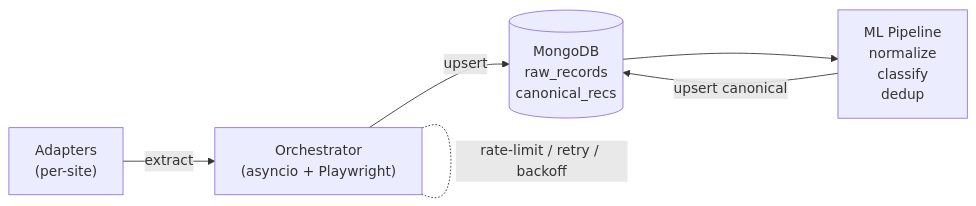
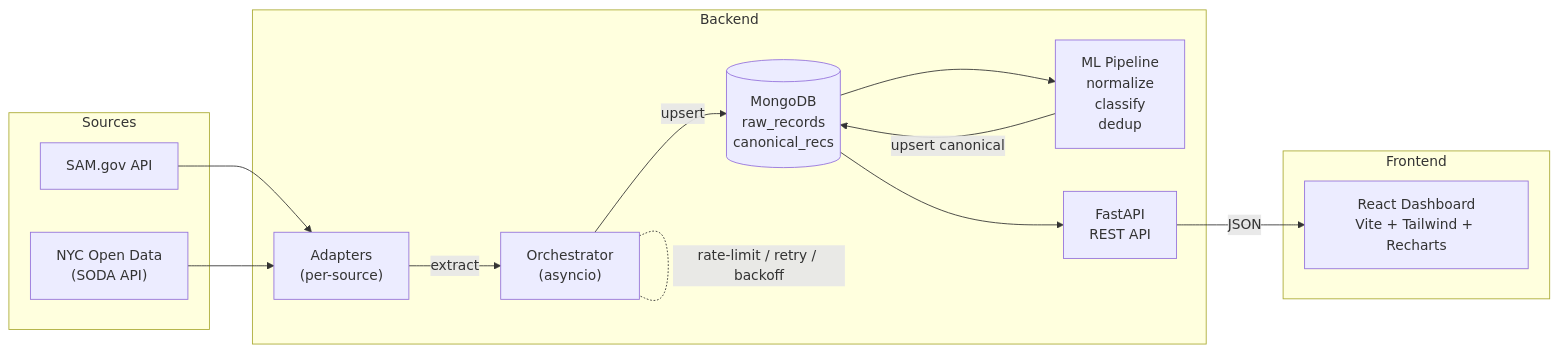
Before and after one commit to paxsolutions/contract-collector: the diagram in README.md, drawn with Mermaid. The commit also changed other lines of this file and 32 other files, not shown here.

````diff
--- a/README.md
+++ b/README.md
@@ -7,8 +7,24 @@
 ```mermaid
 flowchart LR
-    A["Adapters\n(per-site)"] -->|extract| B["Orchestrator\n(asyncio + Playwright)"]
-    B -->|upsert| C[("MongoDB\nraw_records\ncanonical_recs")]
-    B -.-|rate-limit / retry / backoff| B
-    C --> D["ML Pipeline\nnormalize\nclassify\ndedup"]
-    D -->|upsert canonical| C
+    subgraph Sources
+        S1["SAM.gov API"]
+        S2["NYC Open Data\n(SODA API)"]
+    end
+
+    subgraph Backend
+        A["Adapters\n(per-source)"] -->|extract| O["Orchestrator\n(asyncio)"]
+        O -->|upsert| DB[("MongoDB\nraw_records\ncanonical_recs")]
+        O -.-|rate-limit / retry / backoff| O
+        DB --> ML["ML Pipeline\nnormalize\nclassify\ndedup"]
+        ML -->|upsert canonical| DB
+        DB --> API["FastAPI\nREST API"]
+    end
+
+    subgraph Frontend
+        D["React Dashboard\nVite + Tailwind + Recharts"]
+    end
+
+    S1 --> A
+    S2 --> A
+    API -->|JSON| D
 ```
````
